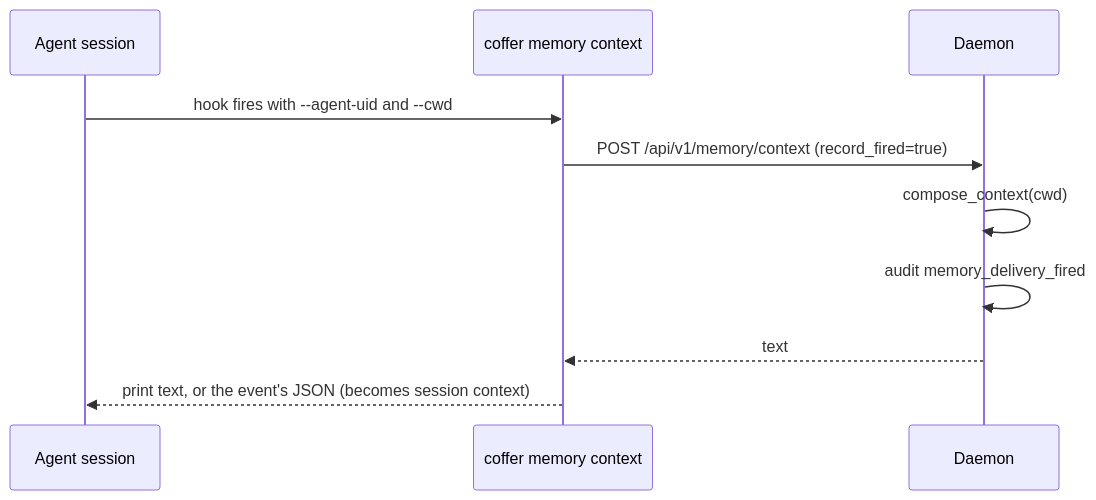
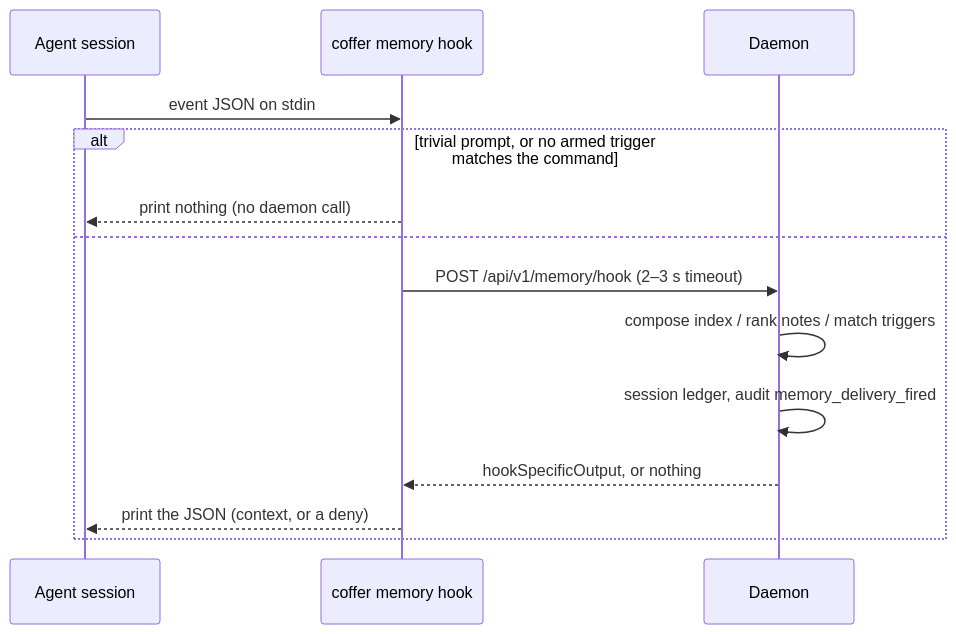
Before and after one commit to wyx-sg/Coffer: the fourth of 4 diagrams in docs-site/architecture/memory.md, drawn with Mermaid. The commit also changed other lines of this file and 100 other files, not shown here.

````diff
--- a/docs-site/architecture/memory.md
+++ b/docs-site/architecture/memory.md
@@ -268,12 +356,16 @@
 ```mermaid
 sequenceDiagram
   participant A as Agent session
-  participant C as coffer memory context
+  participant C as coffer memory hook
   participant D as Daemon
-  A->>C: hook fires with --agent-uid and --cwd
-  C->>D: POST /api/v1/memory/context (record_fired=true)
-  D->>D: compose_context(cwd)
-  D->>D: audit memory_delivery_fired
-  D-->>C: text
-  C-->>A: print text, or the event's JSON (becomes session context)
+  A->>C: event JSON on stdin
+  alt trivial prompt, or no armed trigger matches the command
+    C-->>A: print nothing (no daemon call)
+  else
+    C->>D: POST /api/v1/memory/hook (2–3 s timeout)
+    D->>D: compose index / rank notes / match triggers
+    D->>D: session ledger, audit memory_delivery_fired
+    D-->>C: hookSpecificOutput, or nothing
+    C-->>A: print the JSON (context, or a deny)
+  end
 ```
````
